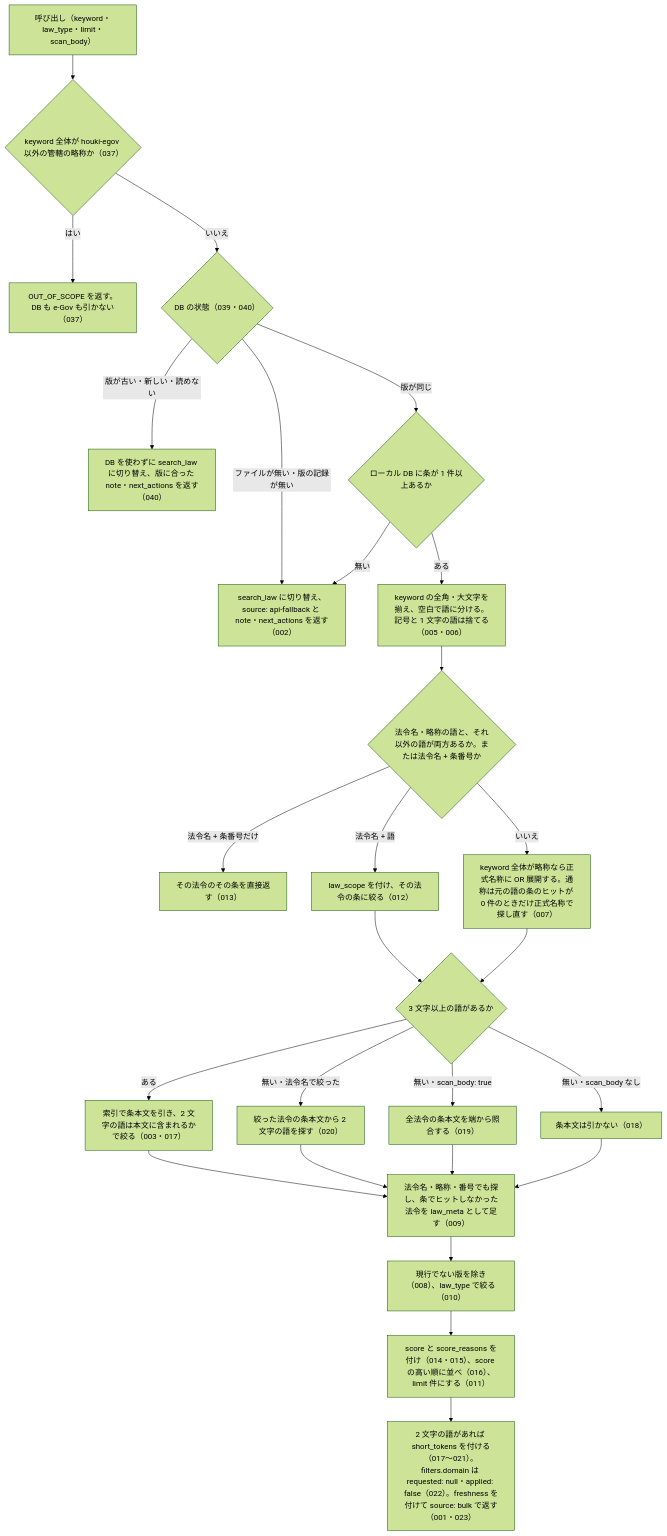
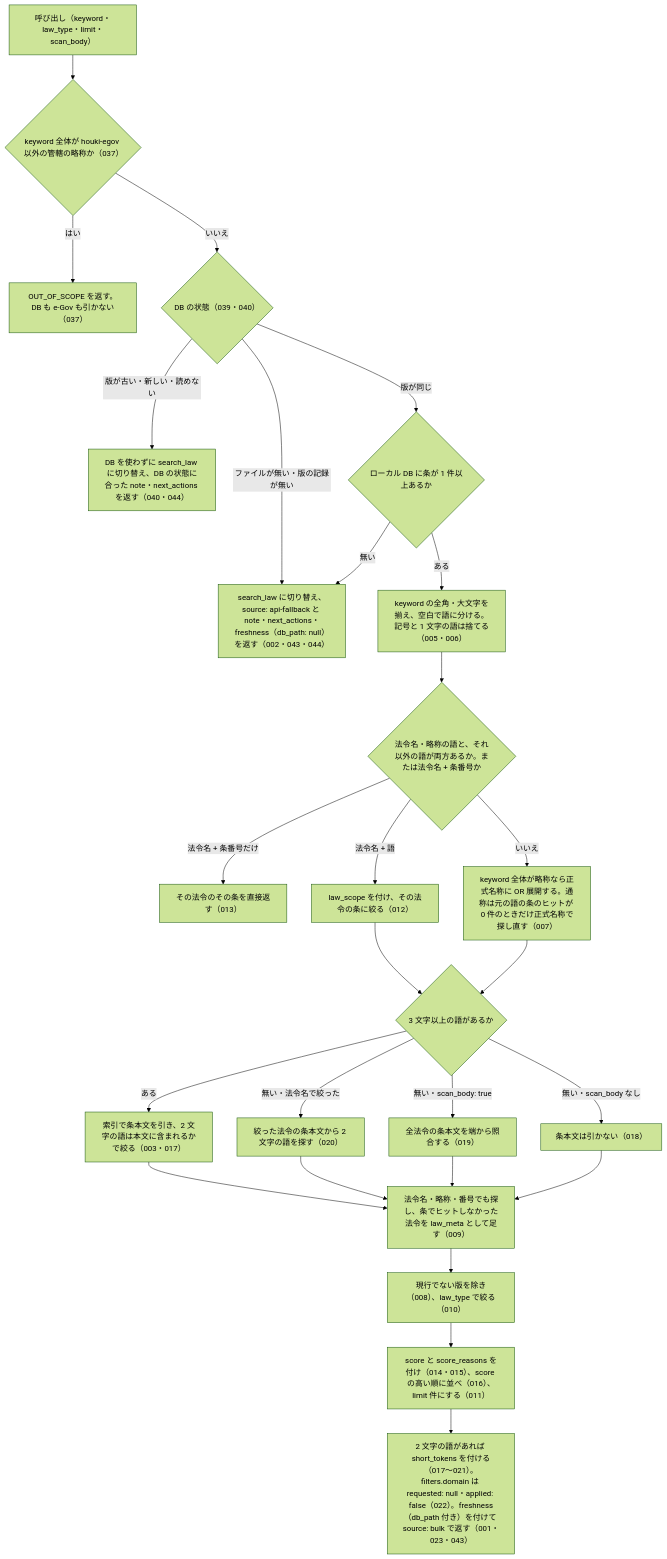
One commit to shuji-bonji/houki-egov-mcp changed the diagram in specs/current/search_fulltext/spec.md. Above: the diagram before and after it, drawn with Mermaid (forest theme). The commit also changed other lines of this file and 14 other files, not shown here.

````diff
--- a/specs/current/search_fulltext/spec.md
+++ b/specs/current/search_fulltext/spec.md
@@ -29,28 +29,28 @@
 ```mermaid
 flowchart TD
   A["呼び出し（keyword・law_type・limit・scan_body）"] --> O{"keyword 全体が houki-egov 以外の管轄の略称か（037）"}
   O -- はい --> E0["OUT_OF_SCOPE を返す。DB も e-Gov も引かない（037）"]
   O -- いいえ --> V{"DB の状態（039・040）"}
   V -- "ファイルが無い・版の記録が無い" --> FB
-  V -- "版が古い・新しい・読めない" --> FB2["DB を使わずに search_law に切り替え、版に合った note・next_actions を返す（040）"]
+  V -- "版が古い・新しい・読めない" --> FB2["DB を使わずに search_law に切り替え、DB の状態に合った note・next_actions を返す（040・044）"]
   V -- "版が同じ" --> B{"ローカル DB に条が 1 件以上あるか"}
-  B -- 無い --> FB["search_law に切り替え、source: api-fallback と note・next_actions を返す（002）"]
+  B -- 無い --> FB["search_law に切り替え、source: api-fallback と note・next_actions・freshness（db_path: null）を返す（002・043・044）"]
   B -- ある --> C["keyword の全角・大文字を揃え、空白で語に分ける。記号と 1 文字の語は捨てる（005・006）"]
   C --> D{"法令名・略称の語と、それ以外の語が両方あるか。または法令名 + 条番号か"}
   D -- "法令名 + 条番号だけ" --> ART["その法令のその条を直接返す（013）"]
   D -- "法令名 + 語" --> SC["law_scope を付け、その法令の条に絞る（012）"]
   D -- いいえ --> E["keyword 全体が略称なら正式名称に OR 展開する。通称は元の語の条のヒットが 0 件のときだけ正式名称で探し直す（007）"]
   SC --> F
   E --> F{"3 文字以上の語があるか"}
   F -- ある --> G["索引で条本文を引き、2 文字の語は本文に含まれるかで絞る（003・017）"]
   F -- "無い・法令名で絞った" --> H["絞った法令の条本文から 2 文字の語を探す（020）"]
   F -- "無い・scan_body: true" --> I["全法令の条本文を端から照合する（019）"]
   F -- "無い・scan_body なし" --> J["条本文は引かない（018）"]
   G --> K["法令名・略称・番号でも探し、条でヒットしなかった法令を law_meta として足す（009）"]
   H --> K
   I --> K
   J --> K
   K --> L["現行でない版を除き（008）、law_type で絞る（010）"]
   L --> M["score と score_reasons を付け（014・015）、score の高い順に並べ（016）、limit 件にする（011）"]
-  M --> N["2 文字の語があれば short_tokens を付ける（017〜021）。filters.domain は requested: null・applied: false（022）。freshness を付けて source: bulk で返す（001・023）"]
+  M --> N["2 文字の語があれば short_tokens を付ける（017〜021）。filters.domain は requested: null・applied: false（022）。freshness（db_path 付き）を付けて source: bulk で返す（001・023・043）"]
 ```
````
